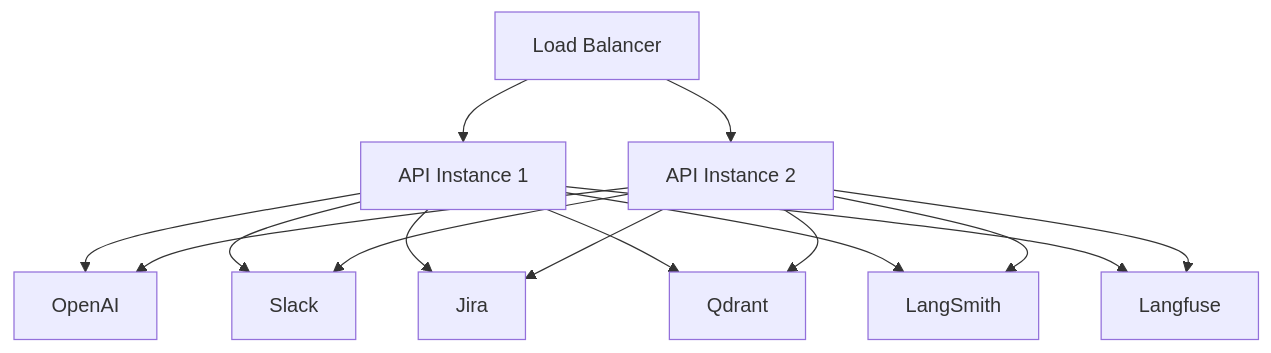
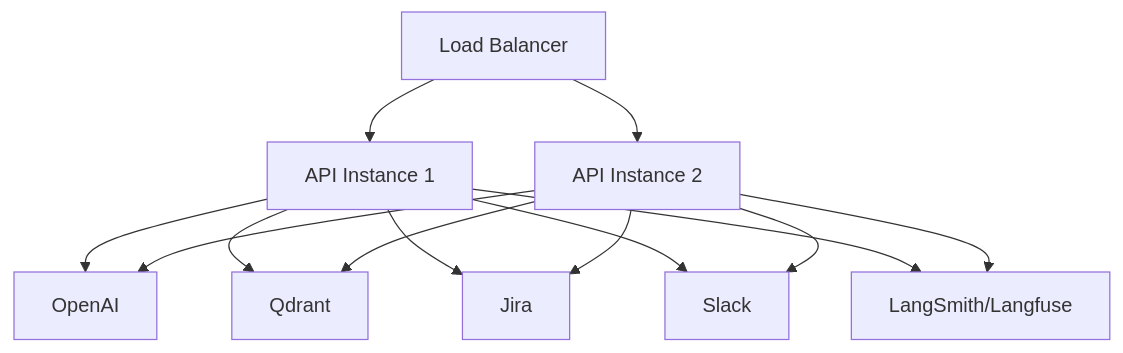
The sixth of 6 diagrams in docs/diagram.md (thanhit08/aiagt-aia), drawn with Mermaid before and after one commit. The commit also changed other lines of this file and 18 other files, not shown here.

Commit message:
Generalize docs to full Jira/Slack action catalog orchestration

````diff
--- a/docs/diagram.md
+++ b/docs/diagram.md
@@ -159,23 +91,15 @@
 ```mermaid
 flowchart TB
     LB[Load Balancer] --> API1[API Instance 1]
     LB --> API2[API Instance 2]
-
-    API1 --> OpenAI[OpenAI]
+    API1 --> OpenAI
     API2 --> OpenAI
-
-    API1 --> Slack[Slack]
+    API1 --> Qdrant
+    API2 --> Qdrant
+    API1 --> Jira
+    API2 --> Jira
+    API1 --> Slack
     API2 --> Slack
-
-    API1 --> Jira[Jira]
-    API2 --> Jira
-
-    API1 --> Qdrant[Qdrant]
-    API2 --> Qdrant
-
-    API1 --> LangSmith[LangSmith]
-    API2 --> LangSmith
-
-    API1 --> Langfuse[Langfuse]
-    API2 --> Langfuse
+    API1 --> Obs[LangSmith/Langfuse]
+    API2 --> Obs
 ```
````
